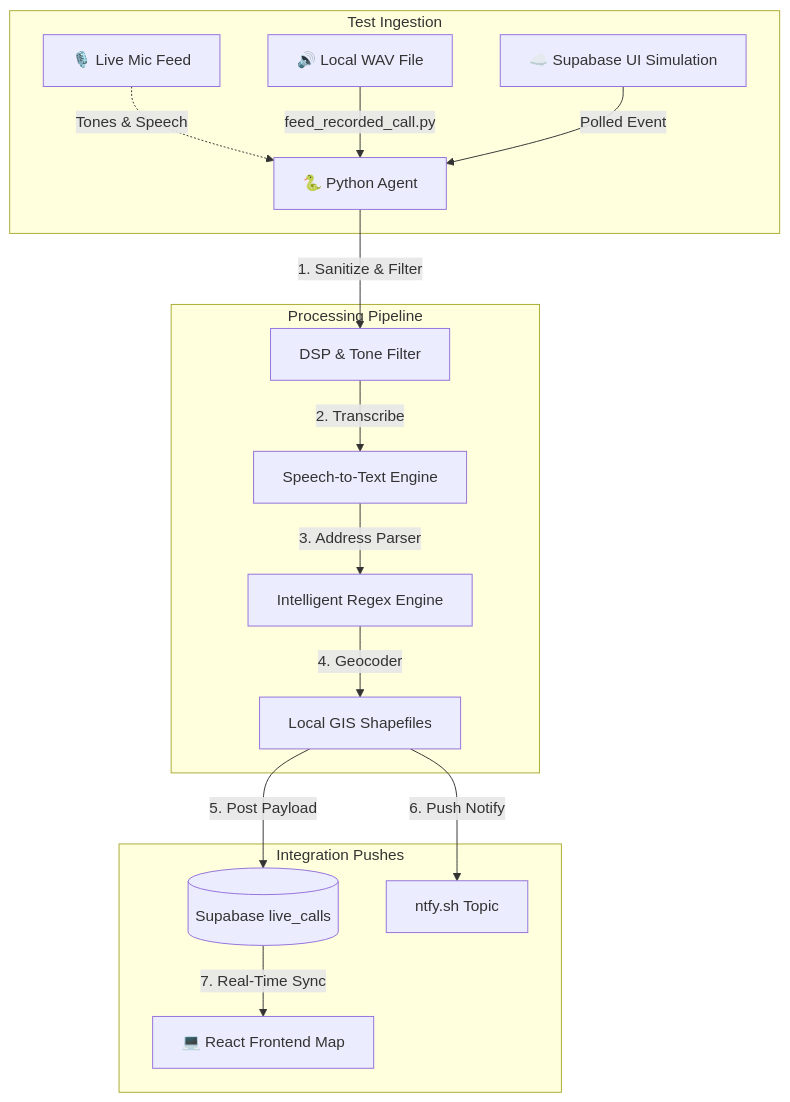
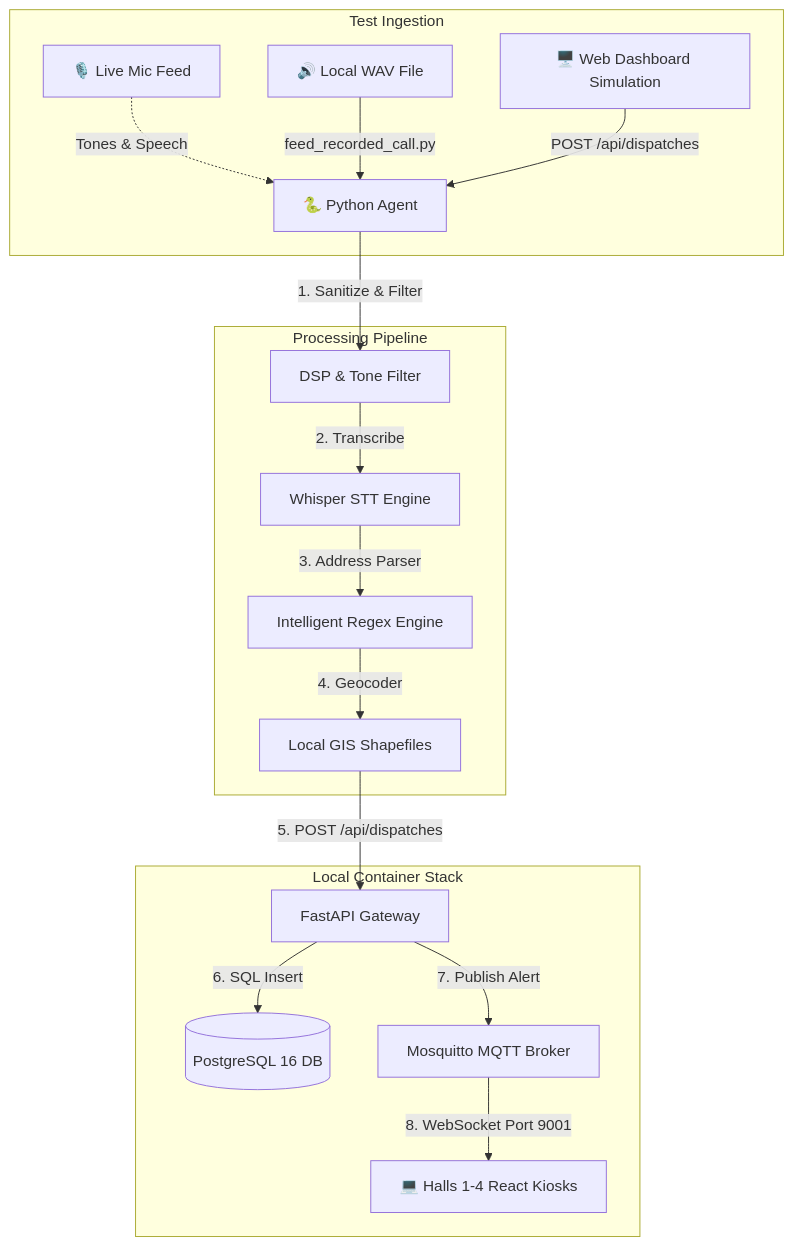
The diagram in docs/test_procedures.md (cwoodworth89/CFR-EVO-APP), drawn with Mermaid before and after one commit. The commit also changed 25 other files, not shown here.

Commit message:
feat(architecture): Migrate to containerized local stack (PostgreSQL + FastAPI + Mosquitto MQTT) with multi-kiosk sync and documentation updates

````diff
--- a/docs/test_procedures.md
+++ b/docs/test_procedures.md
@@ -9,21 +9,22 @@
 ```mermaid
 graph TD
     subgraph Test Ingestion
         A[🎙️ Live Mic Feed] -.->|Tones & Speech| E[🐍 Python Agent]
         B[🔊 Local WAV File] -->|feed_recorded_call.py| E
-        C[☁️ Supabase UI Simulation] -->|Polled Event| E
+        C[🖥️ Web Dashboard Simulation] -->|POST /api/dispatches| E
     end
     
     subgraph Processing Pipeline
         E -->|1. Sanitize & Filter| F[DSP & Tone Filter]
-        F -->|2. Transcribe| G[Speech-to-Text Engine]
+        F -->|2. Transcribe| G[Whisper STT Engine]
         G -->|3. Address Parser| H[Intelligent Regex Engine]
         H -->|4. Geocoder| I[Local GIS Shapefiles]
     end
     
-    subgraph Integration Pushes
-        I -->|5. Post Payload| J[(Supabase live_calls)]
-        I -->|6. Push Notify| K[ntfy.sh Topic]
-        J -->|7. Real-Time Sync| L[💻 React Frontend Map]
+    subgraph Local Container Stack
+        I -->|5. POST /api/dispatches| J[FastAPI Gateway]
+        J -->|6. SQL Insert| K[(PostgreSQL 16 DB)]
+        J -->|7. Publish Alert| L[Mosquitto MQTT Broker]
+        L -->|8. WebSocket Port 9001| M[💻 Halls 1-4 React Kiosks]
     end
 ```
````
